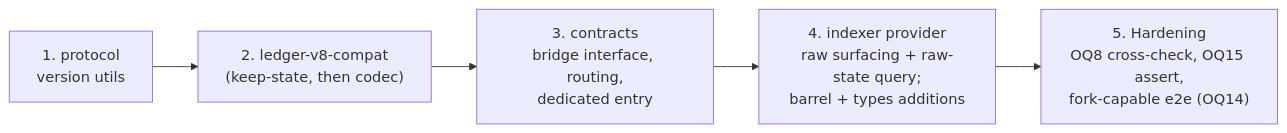
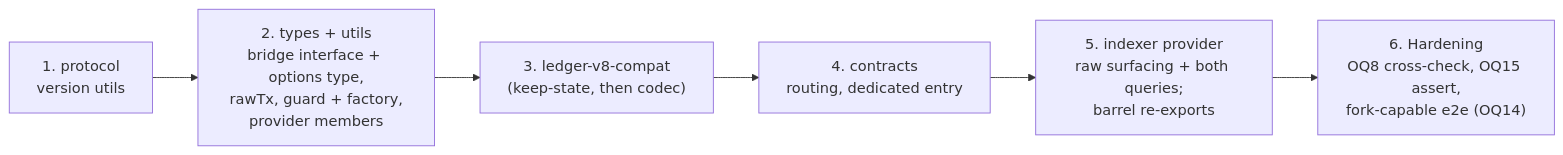
One commit to midnightntwrk/midnight-js changed diagram 11 of 11 in docs/superpowers/architecture/2026-08-05-ledger-v8-v9-dual-support-architecture.md. Above: the diagram before and after it, drawn with Mermaid. The commit also changed other lines of this file and 1 other file, not shown here.

First line of the commit message:
docs: sync architecture doc to spec v3.6, fix mermaid render error

````diff
--- a/docs/superpowers/architecture/2026-08-05-ledger-v8-v9-dual-support-architecture.md
+++ b/docs/superpowers/architecture/2026-08-05-ledger-v8-v9-dual-support-architecture.md
@@ -505,7 +515,8 @@
 ```mermaid
 flowchart LR
-    s1["1. protocol<br/>version utils"] --> s2["2. ledger-v8-compat<br/>(keep-state, then codec)"]
-    s2 --> s3["3. contracts<br/>bridge interface, routing,<br/>dedicated entry"]
-    s3 --> s4["4. indexer provider<br/>raw surfacing + raw-state query;<br/>barrel + types additions"]
-    s4 --> s5["5. Hardening<br/>OQ8 cross-check, OQ15 assert,<br/>fork-capable e2e (OQ14)"]
+    s1["1. protocol<br/>version utils"] --> s2["2. types + utils<br/>bridge interface + options type,<br/>rawTx, guard + factory,<br/>provider members"]
+    s2 --> s3["3. ledger-v8-compat<br/>(keep-state, then codec)"]
+    s3 --> s4["4. contracts<br/>routing, dedicated entry"]
+    s4 --> s5["5. indexer provider<br/>raw surfacing + both queries;<br/>barrel re-exports"]
+    s5 --> s6["6. Hardening<br/>OQ8 cross-check, OQ15 assert,<br/>fork-capable e2e (OQ14)"]
 ```
````
